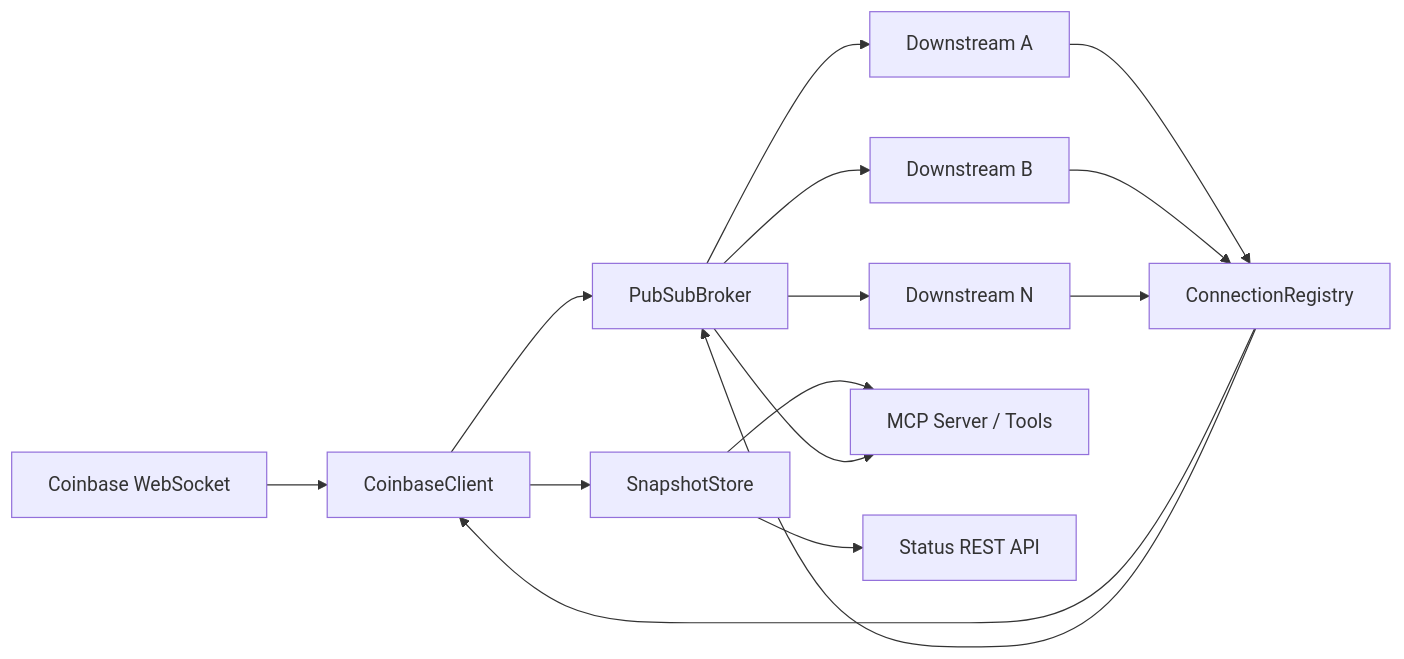
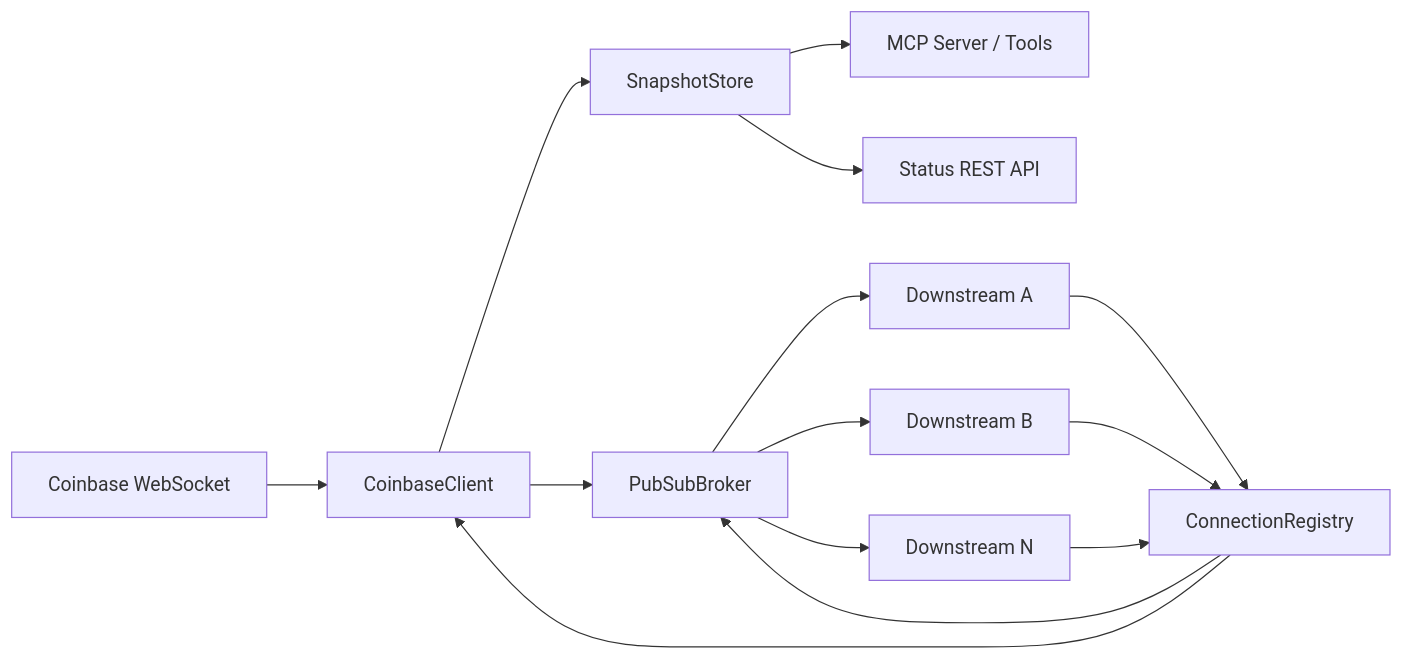
Before and after one commit to ykchow/market-data-hub: the first of 4 diagrams in docs/SYSTEM_ARCHITECTURE.md, drawn with Mermaid. The commit also changed other lines of this file and 13 other files, not shown here.

````diff
--- a/docs/SYSTEM_ARCHITECTURE.md
+++ b/docs/SYSTEM_ARCHITECTURE.md
@@ -25,28 +25,27 @@
 ```mermaid
 flowchart LR
   CB[Coinbase WebSocket]
   CC[CoinbaseClient]
   REG[ConnectionRegistry]
   PS[PubSubBroker]
   SS[SnapshotStore]
   DS1[Downstream A]
   DS2[Downstream B]
   DS3[Downstream N]
   MCP[MCP Server / Tools]
   API[Status REST API]
 
   CB --> CC
   CC --> SS
   CC --> PS
   REG --> CC
   DS1 --> REG
   DS2 --> REG
   DS3 --> REG
   REG --> PS
   PS --> DS1
   PS --> DS2
   PS --> DS3
   SS --> MCP
   SS --> API
-  PS --> MCP
 ```
````
